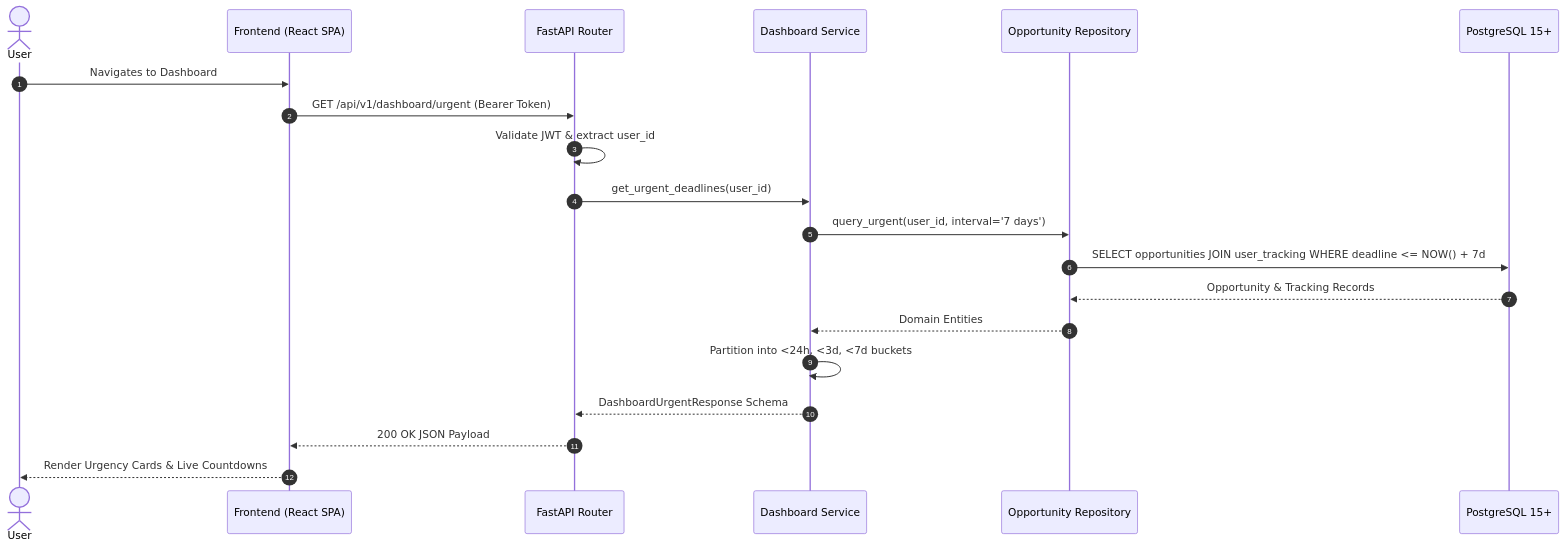
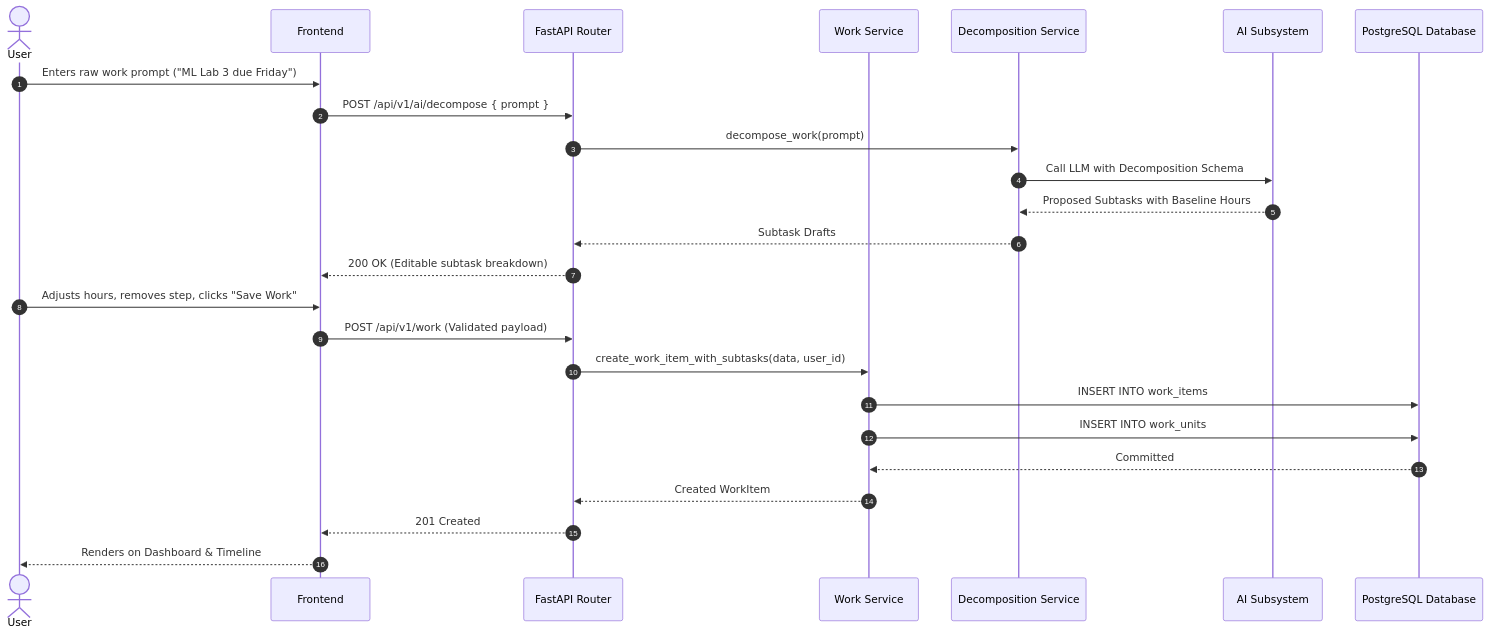
Before and after one commit to Kunal-net/deadline-radar: the third of 5 diagrams in docs/architecture.md, drawn with Mermaid. The commit also changed other lines of this file and 19 other files, not shown here.

````diff
--- a/docs/architecture.md
+++ b/docs/architecture.md
@@ -545,23 +398,28 @@
 ```mermaid
 sequenceDiagram
     autonumber
     actor User
-    participant Client as Frontend (React SPA)
-    participant Router as FastAPI Router
-    participant Service as Dashboard Service
-    participant Repo as Opportunity Repository
-    participant DB as PostgreSQL 15+
+    participant Client as Frontend
+    participant API as FastAPI Router
+    participant WorkSvc as Work Service
+    participant DecompSvc as Decomposition Service
+    participant AI as AI Subsystem
+    participant DB as PostgreSQL Database
 
-    User->>Client: Navigates to Dashboard
-    Client->>Router: GET /api/v1/dashboard/urgent (Bearer Token)
-    Router->>Router: Validate JWT & extract user_id
-    Router->>Service: get_urgent_deadlines(user_id)
-    Service->>Repo: query_urgent(user_id, interval='7 days')
-    Repo->>DB: SELECT opportunities JOIN user_tracking WHERE deadline <= NOW() + 7d
-    DB-->>Repo: Opportunity & Tracking Records
-    Repo-->>Service: Domain Entities
-    Service->>Service: Partition into <24h, <3d, <7d buckets
-    Service-->>Router: DashboardUrgentResponse Schema
-    Router-->>Client: 200 OK JSON Payload
-    Client-->>User: Render Urgency Cards & Live Countdowns
+    User->>Client: Enters raw work prompt ("ML Lab 3 due Friday")
+    Client->>API: POST /api/v1/ai/decompose { prompt }
+    API->>DecompSvc: decompose_work(prompt)
+    DecompSvc->>AI: Call LLM with Decomposition Schema
+    AI-->>DecompSvc: Proposed Subtasks with Baseline Hours
+    DecompSvc-->>API: Subtask Drafts
+    API-->>Client: 200 OK (Editable subtask breakdown)
+    User->>Client: Adjusts hours, removes step, clicks "Save Work"
+    Client->>API: POST /api/v1/work (Validated payload)
+    API->>WorkSvc: create_work_item_with_subtasks(data, user_id)
+    WorkSvc->>DB: INSERT INTO work_items
+    WorkSvc->>DB: INSERT INTO work_units
+    DB-->>WorkSvc: Committed
+    WorkSvc-->>API: Created WorkItem
+    API-->>Client: 201 Created
+    Client-->>User: Renders on Dashboard & Timeline
 ```
````
